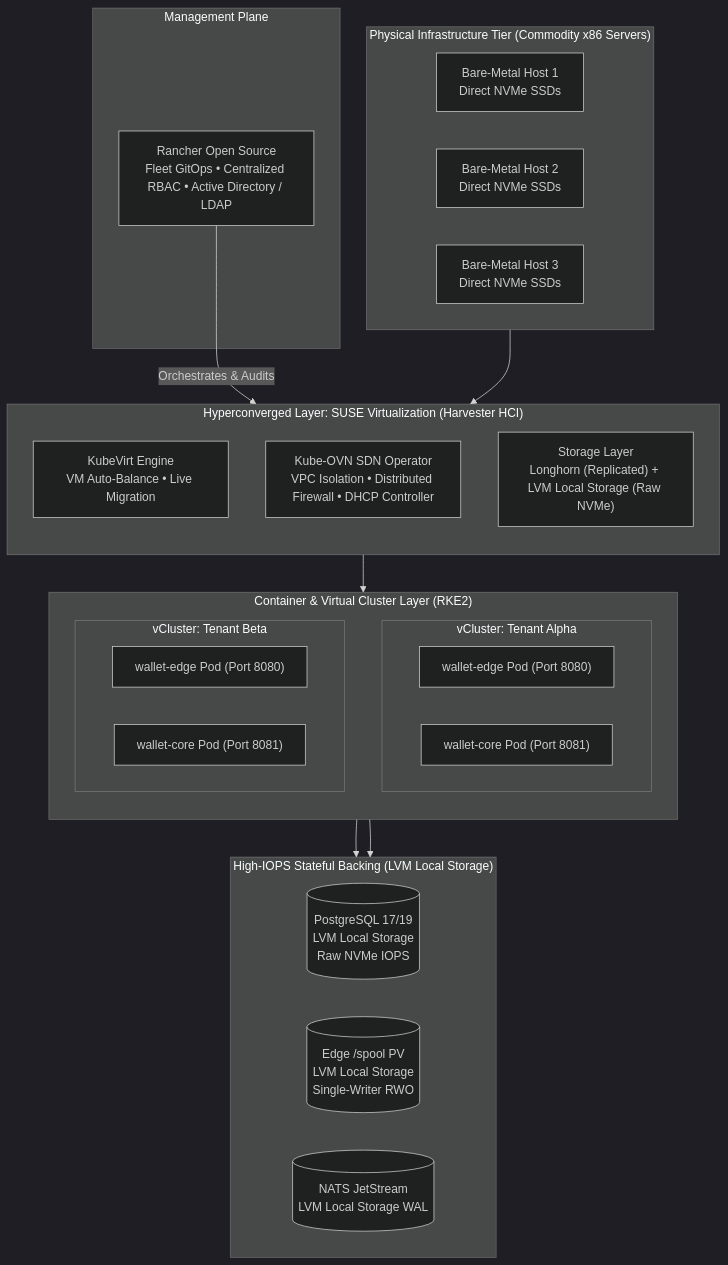
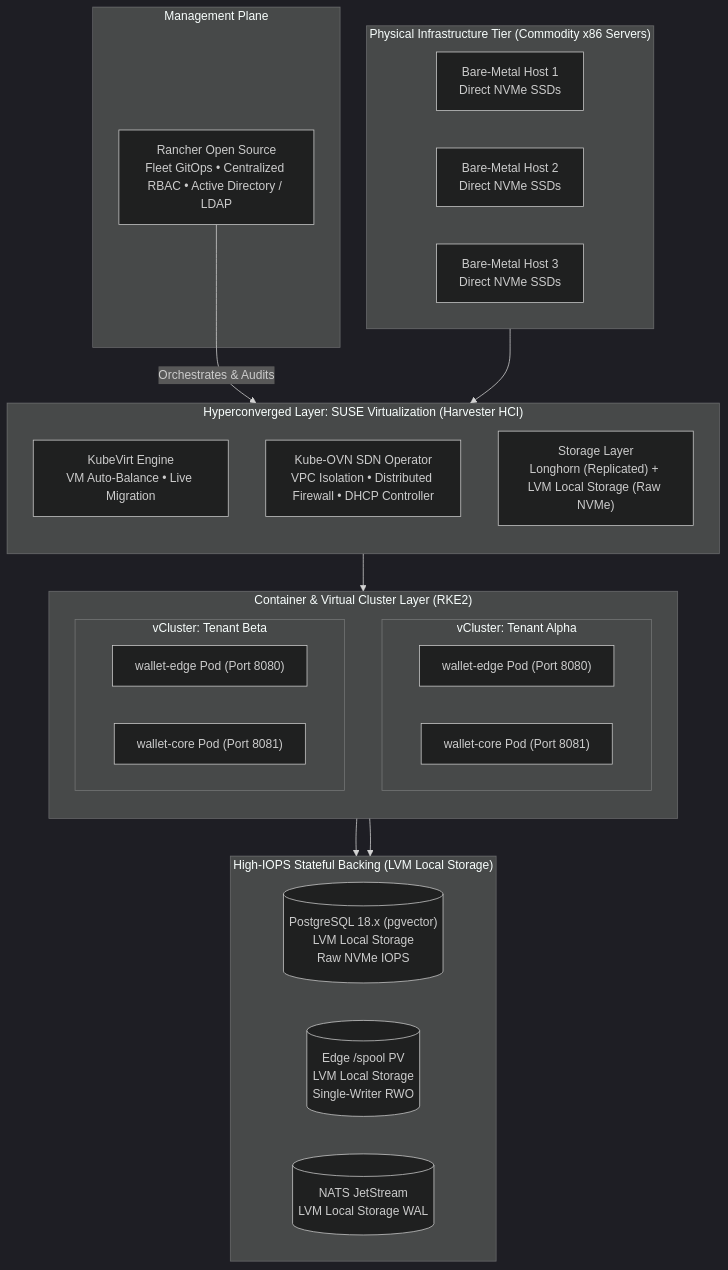
One commit to kyogoiano/wallet changed the diagram in .agents/skills/onprem-infrastructure/SKILL.md. Above: the diagram before and after it, drawn with Mermaid (dark theme). The commit also changed other lines of this file and 32 other files, not shown here.

````diff
--- a/.agents/skills/onprem-infrastructure/SKILL.md
+++ b/.agents/skills/onprem-infrastructure/SKILL.md
@@ -32,43 +32,43 @@
 ```mermaid
 flowchart TD
     subgraph Management["Management Plane"]
         Rancher["Rancher Open Source<br/>Fleet GitOps • Centralized RBAC • Active Directory / LDAP"]
     end
 
     subgraph BareMetal["Physical Infrastructure Tier (Commodity x86 Servers)"]
         BM1["Bare-Metal Host 1<br/>Direct NVMe SSDs"]
         BM2["Bare-Metal Host 2<br/>Direct NVMe SSDs"]
         BM3["Bare-Metal Host 3<br/>Direct NVMe SSDs"]
     end
 
     subgraph HyperconvergedTier["Hyperconverged Layer: SUSE Virtualization (Harvester HCI)"]
         direction TB
         KubeVirt["KubeVirt Engine<br/>VM Auto-Balance • Live Migration"]
         SDN["Kube-OVN SDN Operator<br/>VPC Isolation • Distributed Firewall • DHCP Controller"]
         StorageEngine["Storage Layer<br/>Longhorn (Replicated) + LVM Local Storage (Raw NVMe)"]
     end
 
     subgraph GuestClusters["Container & Virtual Cluster Layer (RKE2)"]
         direction TB
         subgraph TenantA["vCluster: Tenant Alpha"]
             E_A["wallet-edge Pod (Port 8080)"]
             C_A["wallet-core Pod (Port 8081)"]
         end
         subgraph TenantB["vCluster: Tenant Beta"]
             E_B["wallet-edge Pod (Port 8080)"]
             C_B["wallet-core Pod (Port 8081)"]
         end
     end
 
     subgraph SharedPersistence["High-IOPS Stateful Backing (LVM Local Storage)"]
-        PG[("PostgreSQL 17/19<br/>LVM Local Storage<br/>Raw NVMe IOPS")]
+        PG[("PostgreSQL 18.x (pgvector)<br/>LVM Local Storage<br/>Raw NVMe IOPS")]
         Spool[("Edge /spool PV<br/>LVM Local Storage<br/>Single-Writer RWO")]
         NATS[("NATS JetStream<br/>LVM Local Storage WAL")]
     end
 
     Rancher -->|Orchestrates & Audits| HyperconvergedTier
     BareMetal --> HyperconvergedTier
     HyperconvergedTier --> GuestClusters
     TenantA --> SharedPersistence
     TenantB --> SharedPersistence
 ```
````
